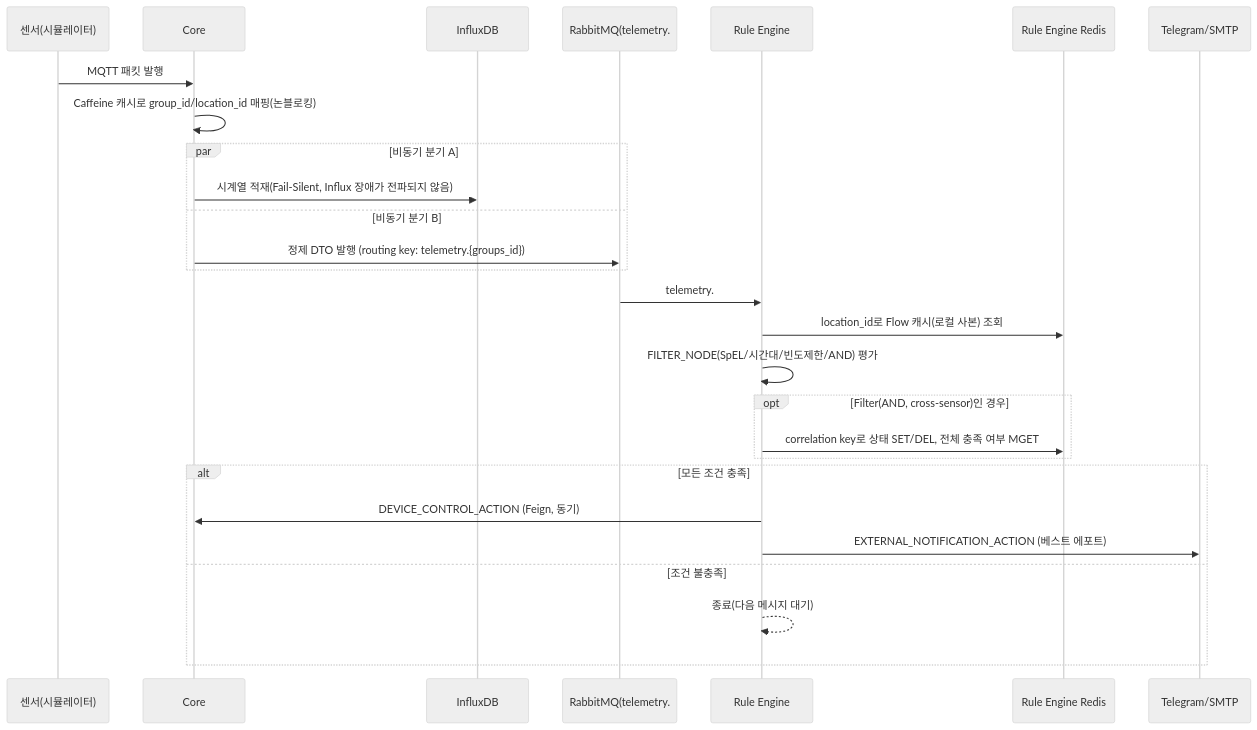
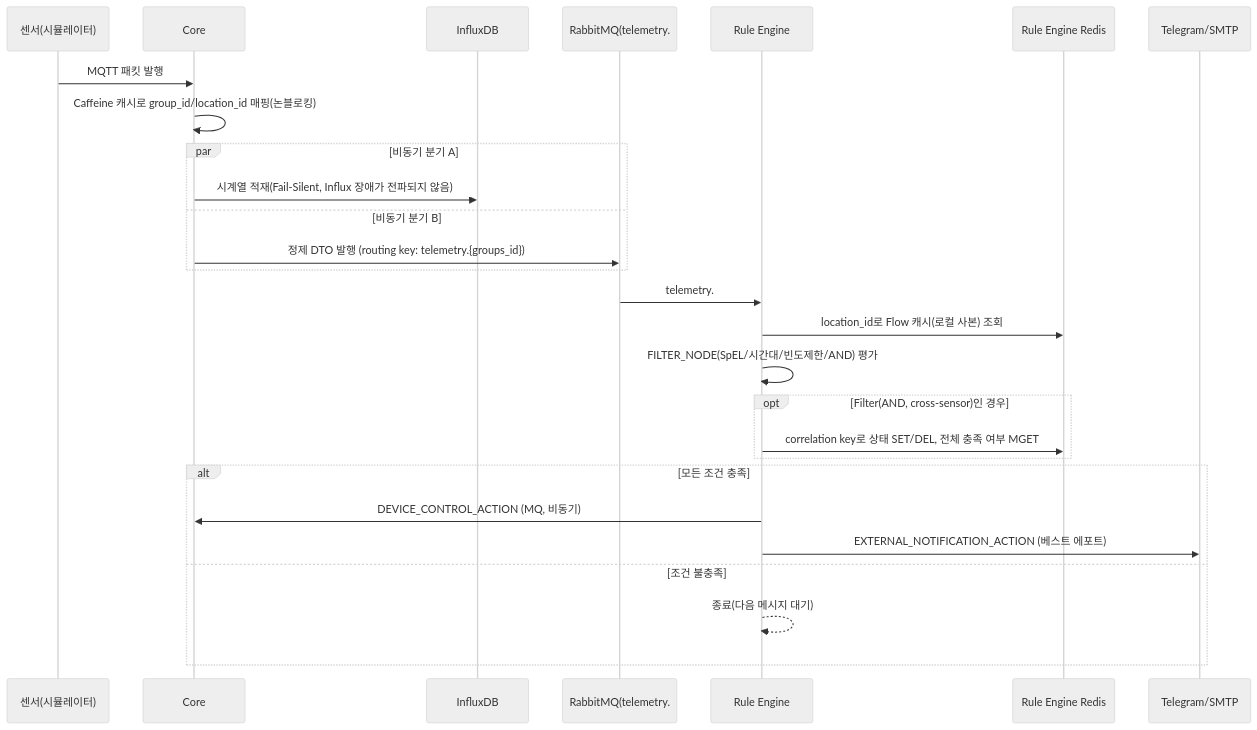
Before and after one commit to nhnacademy-aiot3-insighton/.github: the first of 4 diagrams in profile/README.md, drawn with Mermaid (neutral theme). The commit also changed other lines of this file, not shown here.

Commit message:
Change DEVICE_CONTROL_ACTION to use asynchronous MQ

````diff
--- a/profile/README.md
+++ b/profile/README.md
@@ -226,30 +226,30 @@
 ```mermaid
 sequenceDiagram
     participant Sensor as 센서(시뮬레이터)
     participant Core
     participant Influx as InfluxDB
     participant MQ as RabbitMQ(telemetry.#)
     participant RE as Rule Engine
     participant Redis as Rule Engine Redis
     participant Notify as Telegram/SMTP
 
     Sensor->>Core: MQTT 패킷 발행
     Core->>Core: Caffeine 캐시로 group_id/location_id 매핑(논블로킹)
     par 비동기 분기 A
         Core->>Influx: 시계열 적재(Fail-Silent, Influx 장애가 전파되지 않음)
     and 비동기 분기 B
         Core->>MQ: 정제 DTO 발행 (routing key: telemetry.{groups_id})
     end
     MQ->>RE: telemetry.# 와일드카드 구독
     RE->>Redis: location_id로 Flow 캐시(로컬 사본) 조회
     RE->>RE: FILTER_NODE(SpEL/시간대/빈도제한/AND) 평가
     opt Filter(AND, cross-sensor)인 경우
         RE->>Redis: correlation key로 상태 SET/DEL, 전체 충족 여부 MGET
     end
     alt 모든 조건 충족
-        RE->>Core: DEVICE_CONTROL_ACTION (Feign, 동기)
+        RE->>Core: DEVICE_CONTROL_ACTION (MQ, 비동기)
         RE->>Notify: EXTERNAL_NOTIFICATION_ACTION (베스트 에포트)
     else 조건 불충족
         RE-->>RE: 종료(다음 메시지 대기)
     end
 ```
````
